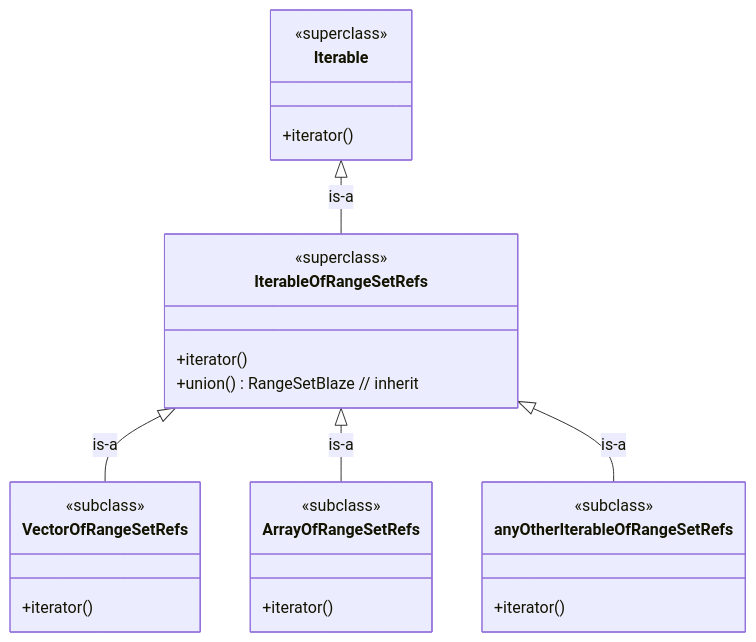
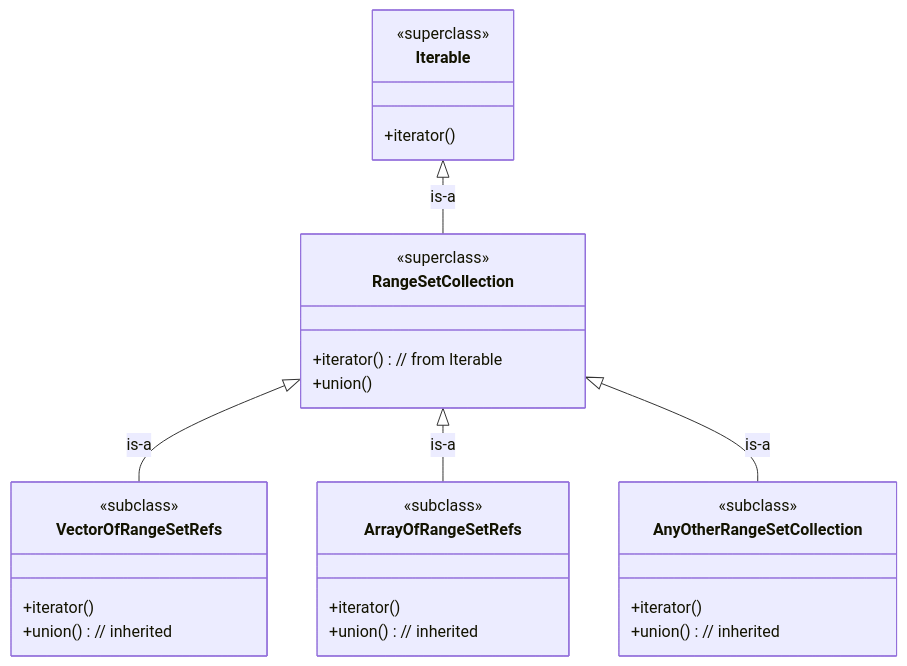
Before and after one commit to CarlKCarlK/inherit: the diagram in examples/3_puzzle.md, drawn with Mermaid. The commit also changed other lines of this file and 13 other files, not shown here.

````diff
--- a/examples/3_puzzle.md
+++ b/examples/3_puzzle.md
@@ -6,35 +6,38 @@
 ```mermaid
 classDiagram
     direction TB
 
     class Iterable {
         <<superclass>>
         +iterator()
     }
 
-    class IterableOfRangeSetRefs {
+    class RangeSetCollection {
         <<superclass>>
-        +iterator()
-        +union() RangeSetBlaze // inherit
+        +iterator() // from Iterable
+        +union()
     }
 
     class VectorOfRangeSetRefs {
         <<subclass>>
         +iterator()
+        +union() // inherited
     }
 
     class ArrayOfRangeSetRefs {
         <<subclass>>
         +iterator()
+        +union() // inherited
     }
 
-    class anyOtherIterableOfRangeSetRefs {
+    class AnyOtherRangeSetCollection {
         <<subclass>>
         +iterator()
+        +union() // inherited
     }
 
-    Iterable <|-- IterableOfRangeSetRefs : is-a
-    IterableOfRangeSetRefs <|-- VectorOfRangeSetRefs : is-a
-    IterableOfRangeSetRefs <|-- ArrayOfRangeSetRefs : is-a
-    IterableOfRangeSetRefs <|-- anyOtherIterableOfRangeSetRefs : is-a
+    Iterable <|-- RangeSetCollection : is-a
+    RangeSetCollection <|-- VectorOfRangeSetRefs : is-a
+    RangeSetCollection <|-- ArrayOfRangeSetRefs : is-a
+    RangeSetCollection <|-- AnyOtherRangeSetCollection : is-a
 ```
````
